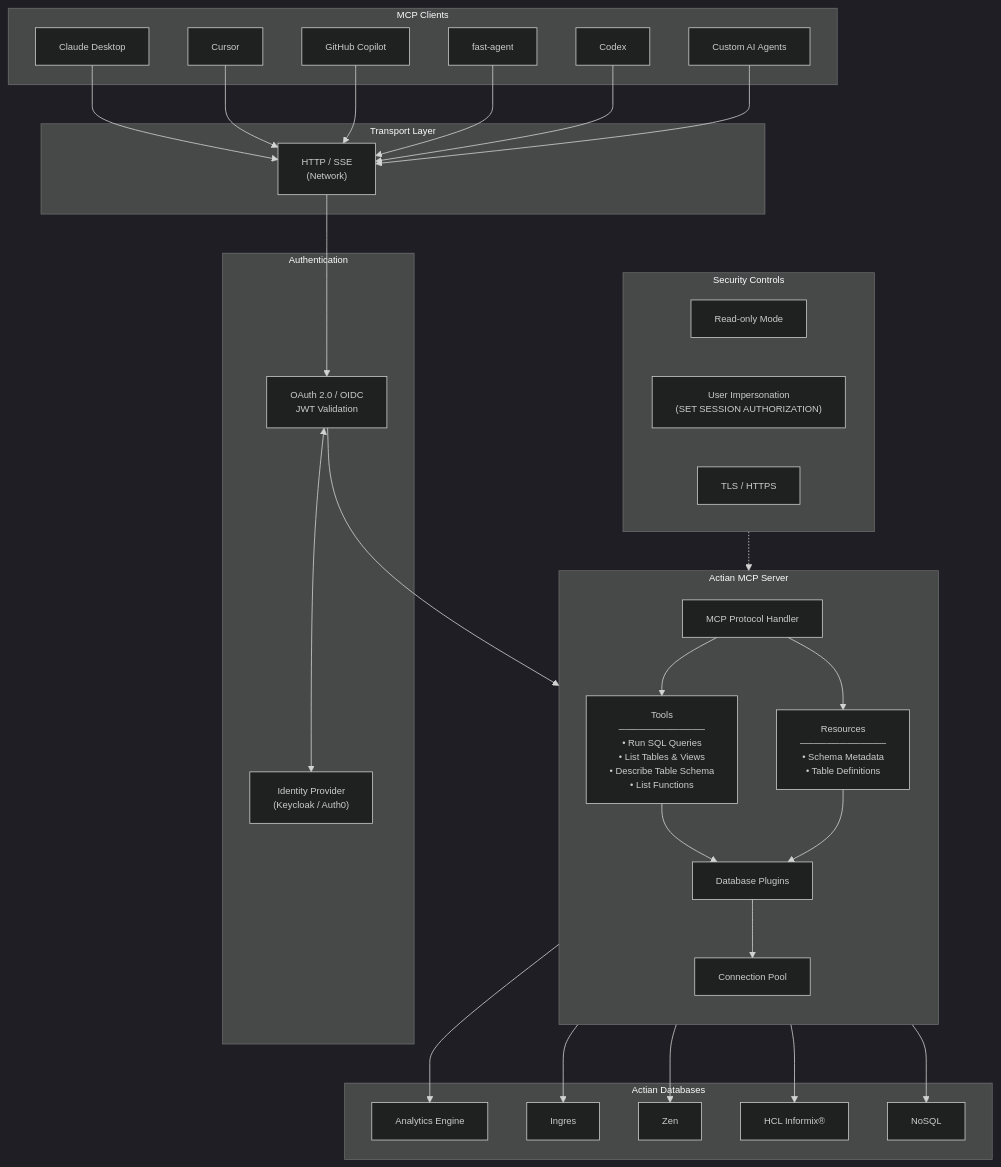
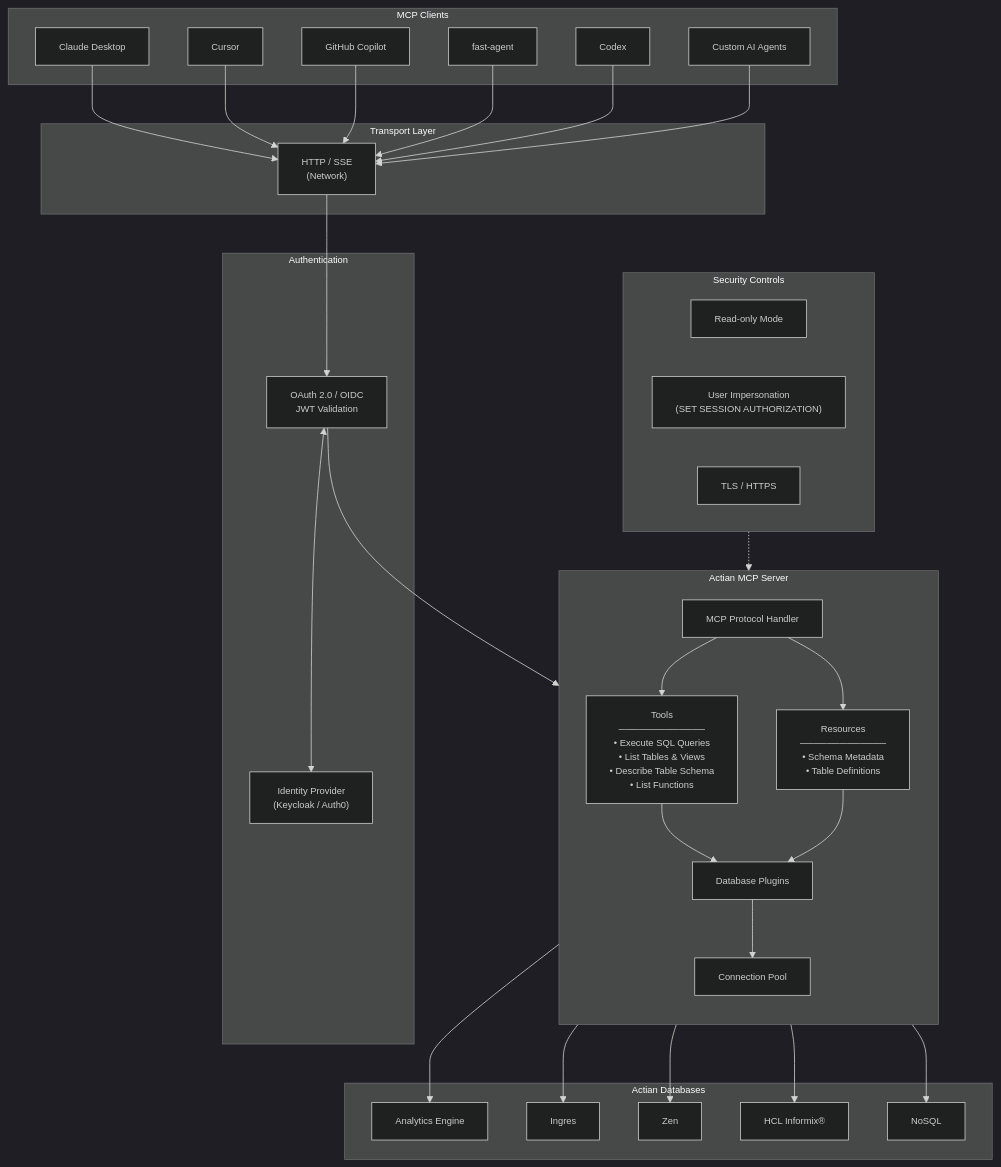
One commit to ActianCorp/mcp-server-docs changed the first of 2 diagrams in docs/intro/index.md. Above: the diagram before and after it, drawn with Mermaid. The commit also changed 3 other files, not shown here.

````diff
--- a/docs/intro/index.md
+++ b/docs/intro/index.md
@@ -37,70 +37,70 @@
 ```mermaid
 %%{init: {'theme': 'dark', 'themeVariables': {'fontSize': '12px', 'fontFamily': 'arial'}}}%%
 flowchart TB
     subgraph Clients["MCP Clients"]
         claude["Claude Desktop"]
         cursor["Cursor"]
         copilot["GitHub Copilot"]
         fastagent["fast-agent"]
         codex["Codex"]
         custom["Custom AI Agents"]
     end
 
     subgraph Transport["Transport Layer"]
         http["HTTP / SSE
 (Network)"]
     end
 
     subgraph Auth["Authentication"]
         idp["Identity Provider
 (Keycloak / Auth0)"]
         oauth["OAuth 2.0 / OIDC
 JWT Validation"]
     end
 
     subgraph MCP["Actian MCP Server"]
         direction TB
         core["MCP Protocol Handler"]
         tools["Tools
 ─────────────
-• Run SQL Queries
+• Execute SQL Queries
 • List Tables & Views
 • Describe Table Schema
 • List Functions"]
         resources["Resources
 ─────────────
 • Schema Metadata
 • Table Definitions"]
         plugins["Database Plugins"]
         pool["Connection Pool"]
     end
 
     subgraph Databases["Actian Databases"]
         ae["Analytics Engine"]
         ingres["Ingres"]
         zen["Zen"]
         informix["HCL Informix®"]
         nosql["NoSQL"]
     end
 
     subgraph Security["Security Controls"]
         readonly["Read-only Mode"]
         impersonation["User Impersonation
 (SET SESSION AUTHORIZATION)"]
         tls["TLS / HTTPS"]
     end
 
     claude & cursor & copilot & fastagent & codex & custom --> http
 
     http --> oauth
     oauth <--> idp
     oauth --> core
 
     core --> tools & resources
     tools & resources --> plugins
     plugins --> pool
 
     pool --> ae & ingres & zen & informix & nosql
 
     Security -.-> MCP
 ```
````
